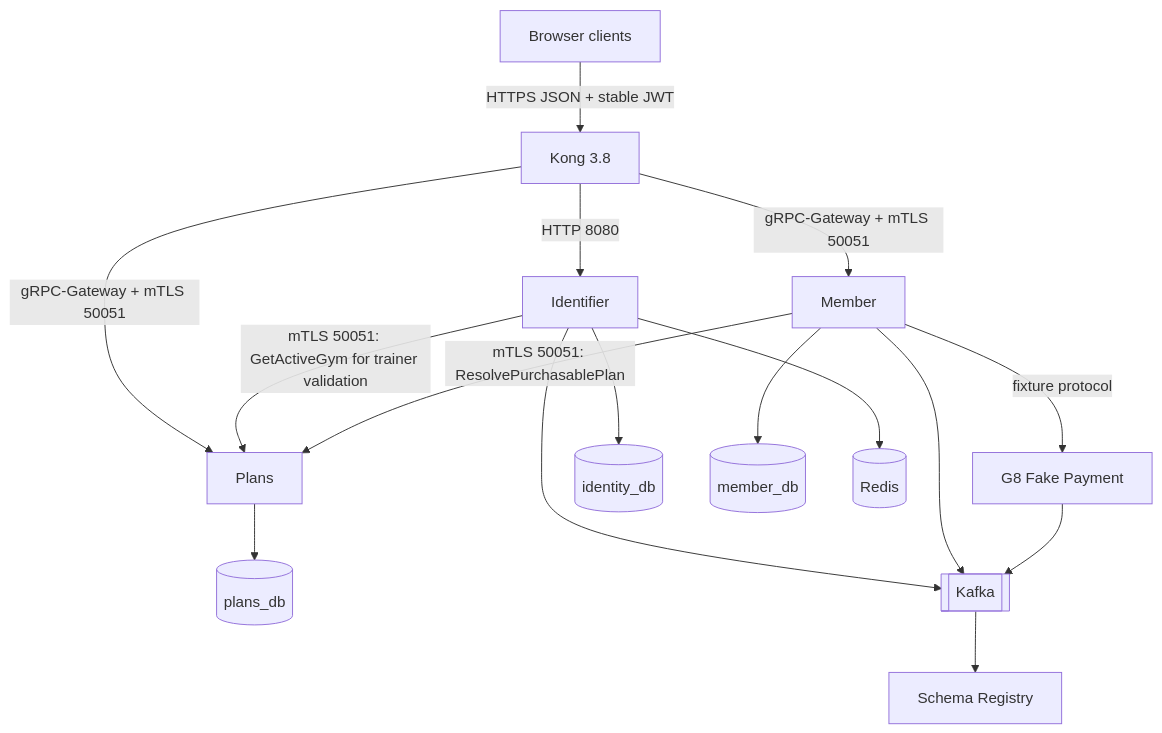
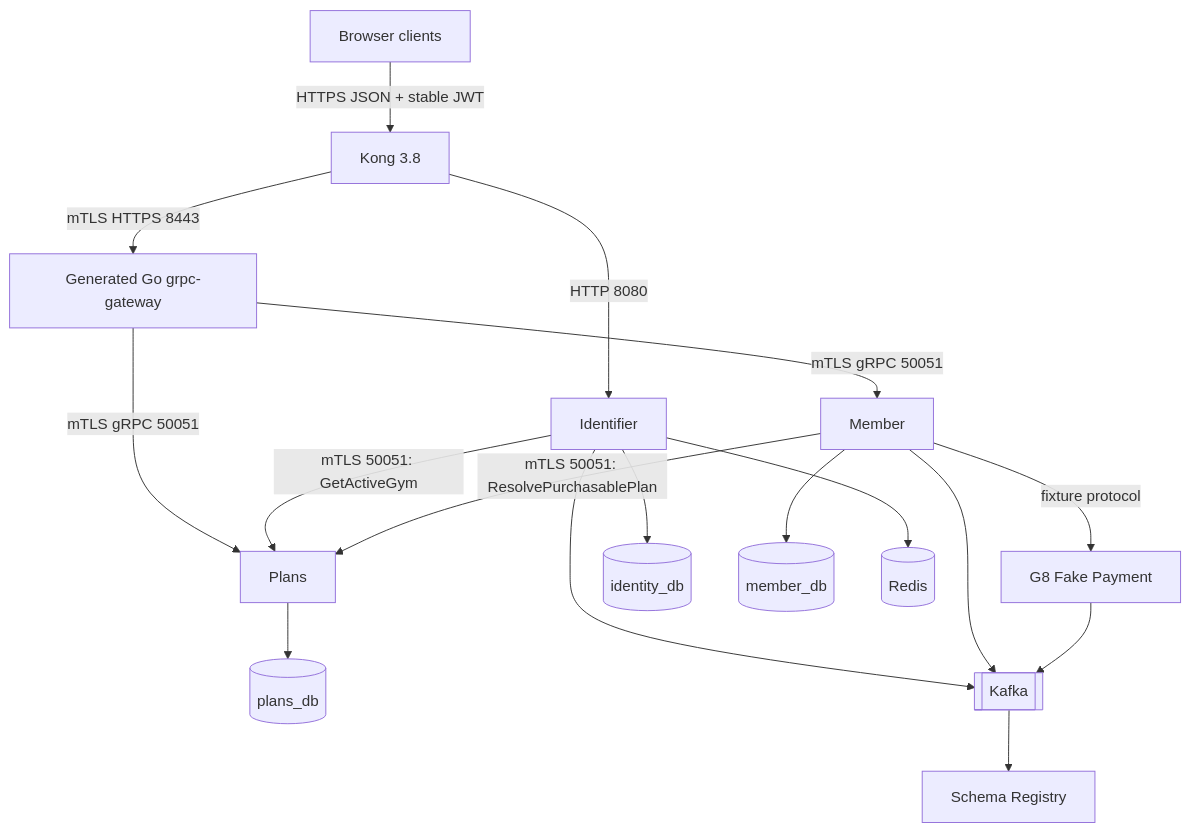
The diagram in infrastructure/01-infrastructure.md (pploc/gym-architect), drawn with Mermaid before and after one commit. The commit also changed other lines of this file and 11 other files, not shown here.

````diff
--- a/infrastructure/01-infrastructure.md
+++ b/infrastructure/01-infrastructure.md
@@ -7,20 +7,21 @@
 ```mermaid
 flowchart TB
     Client[Browser clients] -->|HTTPS JSON + stable JWT| Kong[Kong 3.8]
     Kong -->|HTTP 8080| ID[Identifier]
-    Kong -->|gRPC-Gateway + mTLS 50051| MB[Member]
-    Kong -->|gRPC-Gateway + mTLS 50051| PL[Plans]
+    Kong -->|mTLS HTTPS 8443| GW[Generated Go grpc-gateway]
+    GW -->|mTLS gRPC 50051| MB[Member]
+    GW -->|mTLS gRPC 50051| PL[Plans]
 
-    ID -->|mTLS 50051: GetActiveGym for trainer validation| PL
+    ID -->|mTLS 50051: GetActiveGym| PL
     MB -->|mTLS 50051: ResolvePurchasablePlan| PL
     MB -->|fixture protocol| FP[G8 Fake Payment]
 
     ID --> IDDB[(identity_db)]
     MB --> MBDB[(member_db)]
     PL --> PLDB[(plans_db)]
     ID --> Redis[(Redis)]
     ID --> Kafka[[Kafka]]
     MB --> Kafka
     FP --> Kafka
     Kafka --> SR[Schema Registry]
 ```
````
